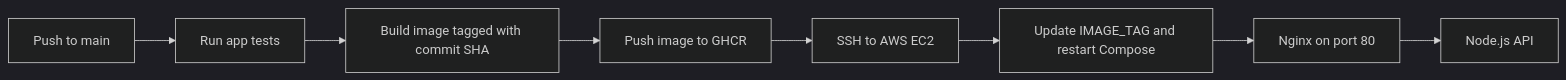
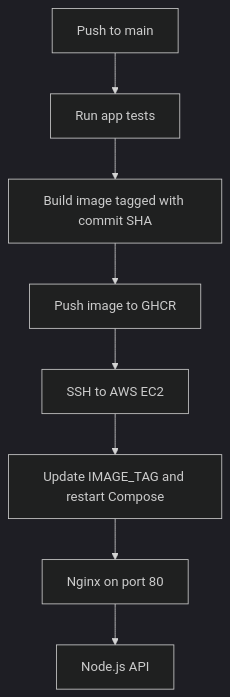
The diagram in README.md (shemaikuzwe/deploy_ready), drawn with Mermaid (dark theme) before and after one commit. The commit also changed other lines of this file, not shown here.

````diff
--- a/README.md
+++ b/README.md
@@ -7,10 +7,10 @@
 ```mermaid
-flowchart LR
+flowchart TD
     A[Push to main] --> B[Run app tests]
     B --> C[Build image tagged with commit SHA]
     C --> D[Push image to GHCR]
     D --> E[SSH to AWS EC2]
     E --> F[Update IMAGE_TAG and restart Compose]
     F --> G[Nginx on port 80]
     G --> H[Node.js API]
 ```
````
